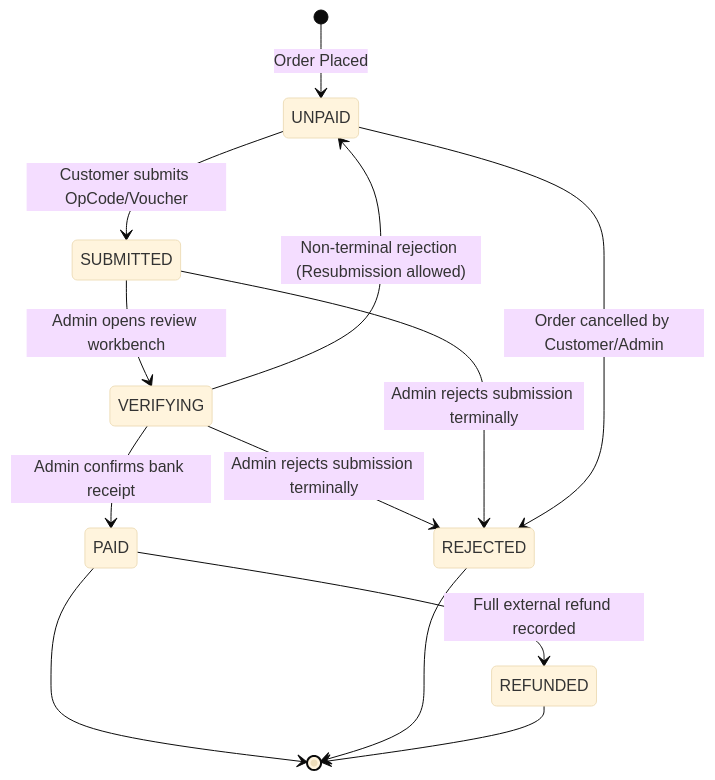
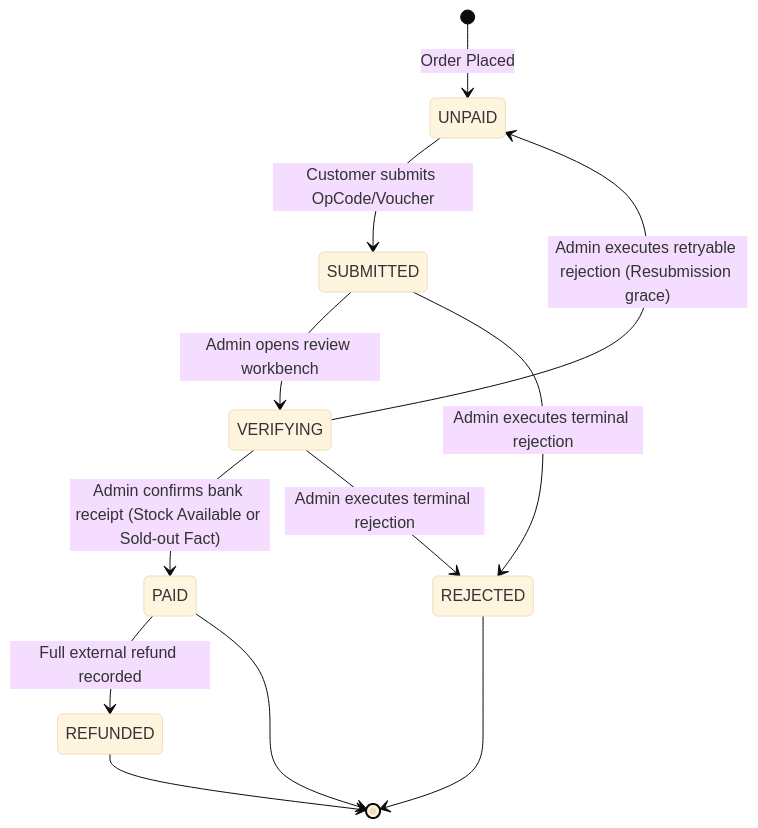
The sixth of 15 diagrams in docs/architecture/COMMERCE_DOMAIN_MODEL.md (SaeBryxn/GamerPeru-Vercel), drawn with Mermaid (base theme) before and after one commit. The commit also changed other lines of this file and 1 other file, not shown here.

Commit message:
docs: finalize GP-004 schema readiness

````diff
--- a/docs/architecture/COMMERCE_DOMAIN_MODEL.md
+++ b/docs/architecture/COMMERCE_DOMAIN_MODEL.md
@@ -1223,15 +1280,14 @@
 ```mermaid
 stateDiagram-v2
     [*] --> UNPAID: Order Placed
     UNPAID --> SUBMITTED: Customer submits OpCode/Voucher
     SUBMITTED --> VERIFYING: Admin opens review workbench
-    VERIFYING --> PAID: Admin confirms bank receipt
-    VERIFYING --> REJECTED: Admin rejects submission terminally
-    VERIFYING --> UNPAID: Non-terminal rejection (Resubmission allowed)
-    SUBMITTED --> REJECTED: Admin rejects submission terminally
+    VERIFYING --> PAID: Admin confirms bank receipt (Stock Available or Sold-out Fact)
+    VERIFYING --> REJECTED: Admin executes terminal rejection
+    VERIFYING --> UNPAID: Admin executes retryable rejection (Resubmission grace)
+    SUBMITTED --> REJECTED: Admin executes terminal rejection
     PAID --> REFUNDED: Full external refund recorded
-    UNPAID --> REJECTED: Order cancelled by Customer/Admin
     PAID --> [*]
     REJECTED --> [*]
     REFUNDED --> [*]
 ```
````
